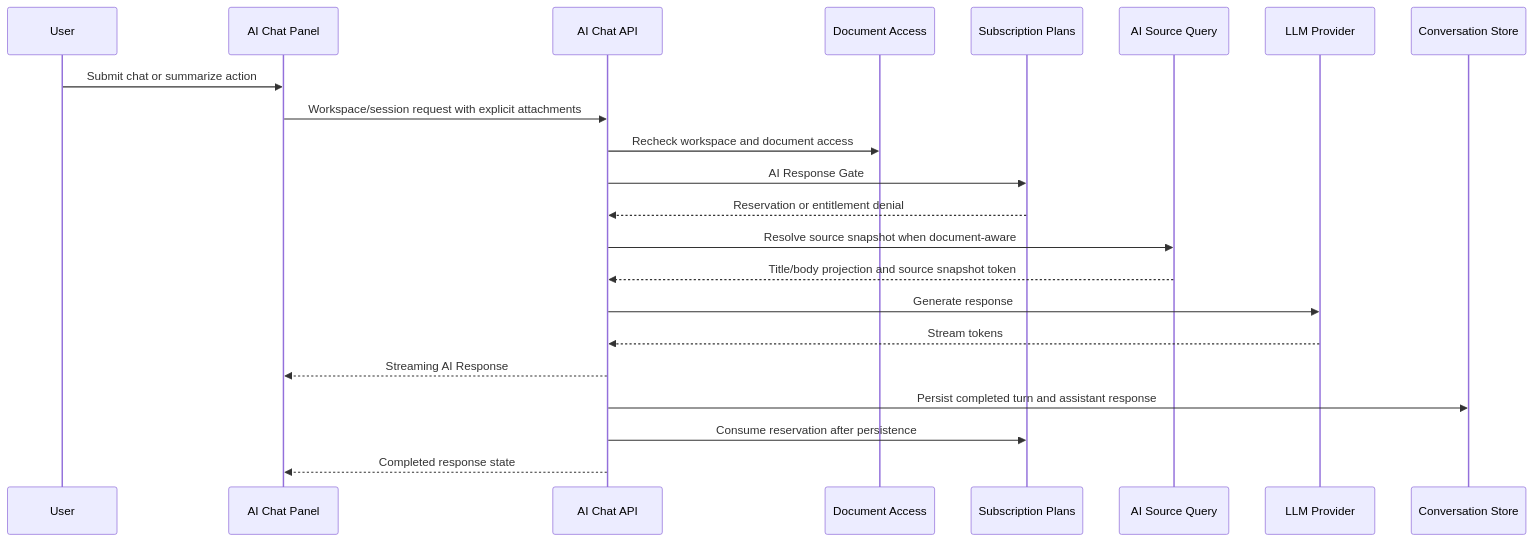
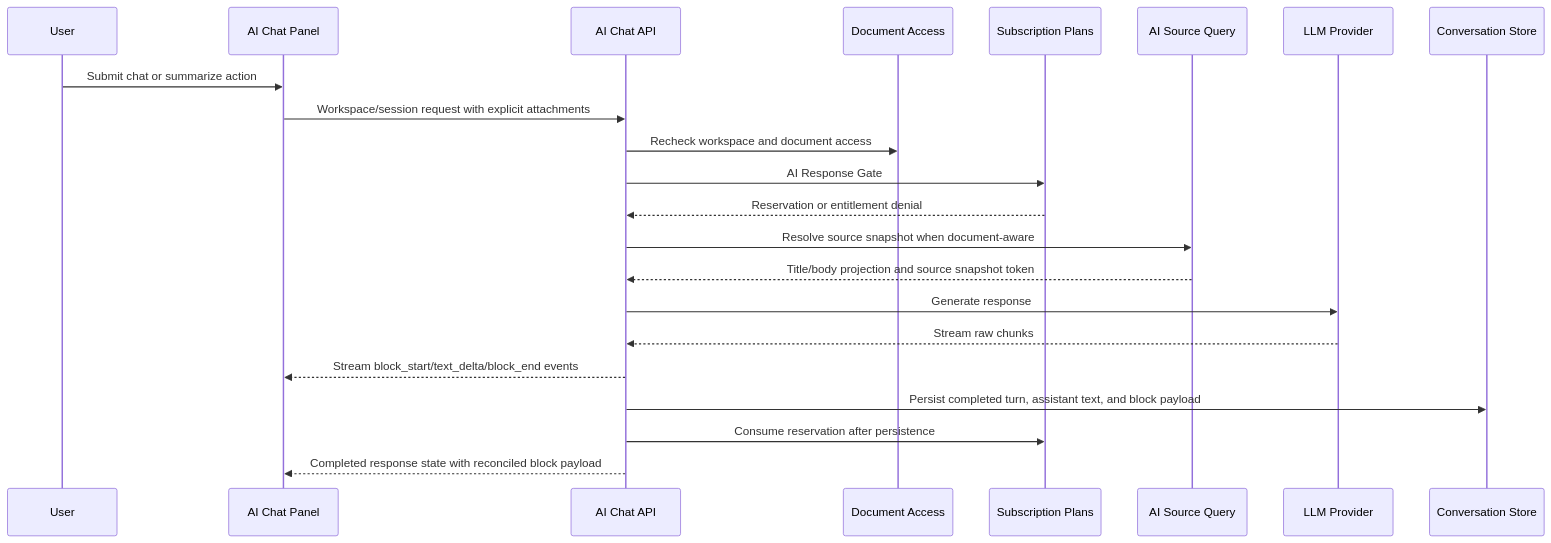
Before and after one commit to dauphaihau-camille/camille: the diagram in docs/features/ai-assistance/flow.md, drawn with Mermaid. The commit also changed other lines of this file and 5 other files, not shown here.

Commit message:
docs(ai-assistance): document structured response block streaming

````diff
--- a/docs/features/ai-assistance/flow.md
+++ b/docs/features/ai-assistance/flow.md
@@ -32,25 +32,25 @@
 ```mermaid
 sequenceDiagram
   participant User
   participant Panel as AI Chat Panel
   participant API as AI Chat API
   participant Access as Document Access
   participant Billing as Subscription Plans
   participant Source as AI Source Query
   participant Provider as LLM Provider
   participant Store as Conversation Store
 
   User->>Panel: Submit chat or summarize action
   Panel->>API: Workspace/session request with explicit attachments
   API->>Access: Recheck workspace and document access
   API->>Billing: AI Response Gate
   Billing-->>API: Reservation or entitlement denial
   API->>Source: Resolve source snapshot when document-aware
   Source-->>API: Title/body projection and source snapshot token
   API->>Provider: Generate response
-  Provider-->>API: Stream tokens
-  API-->>Panel: Streaming AI Response
-  API->>Store: Persist completed turn and assistant response
+  Provider-->>API: Stream raw chunks
+  API-->>Panel: Stream block_start/text_delta/block_end events
+  API->>Store: Persist completed turn, assistant text, and block payload
   API->>Billing: Consume reservation after persistence
-  API-->>Panel: Completed response state
+  API-->>Panel: Completed response state with reconciled block payload
 ```
````
